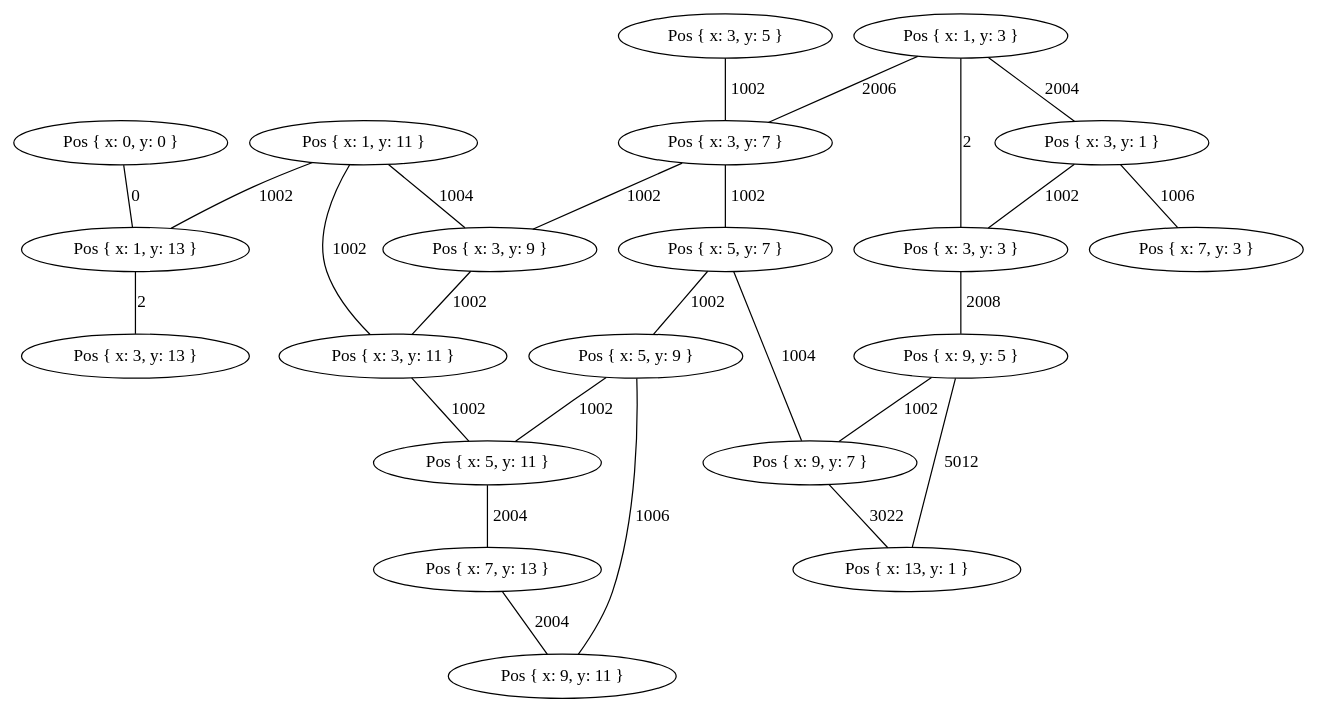
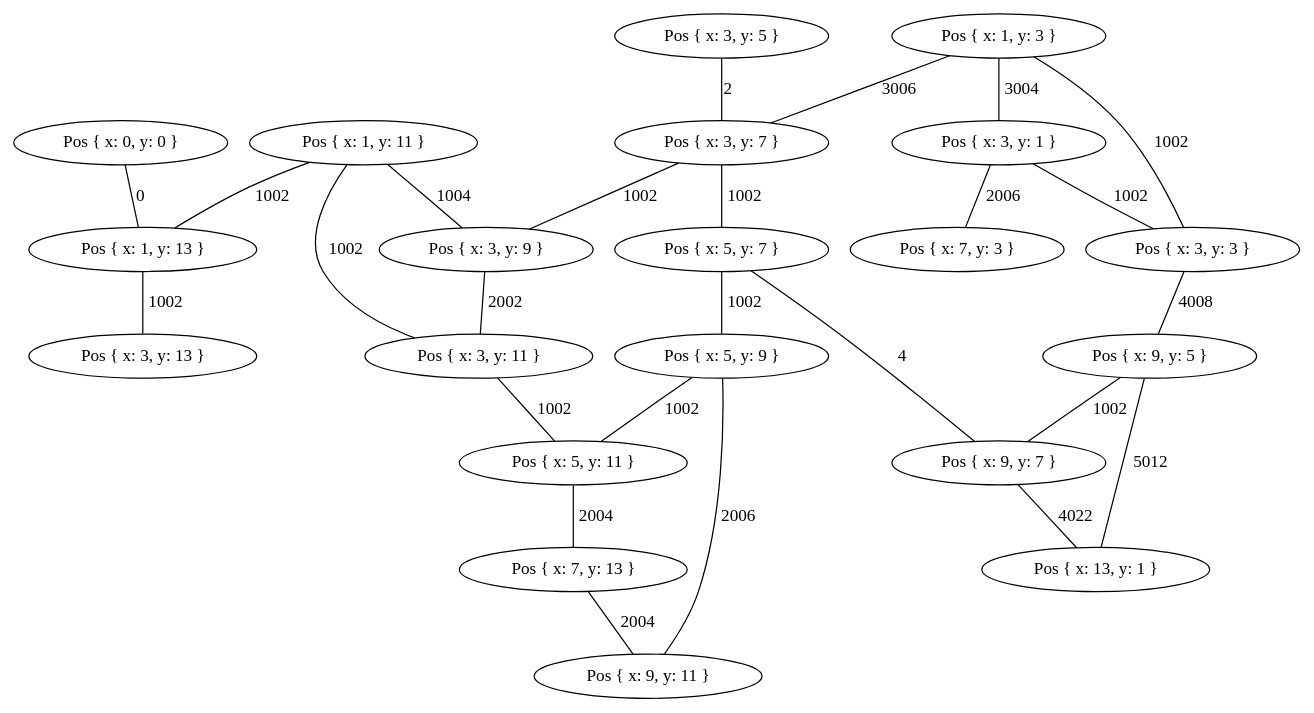
The diagram in Rust/day16/flight_network.dot (finlaysr/AoC2024), drawn with Graphviz before and after one commit. The commit also changed 1 other file, not shown here.

```diff
--- a/Rust/day16/flight_network.dot
+++ b/Rust/day16/flight_network.dot
@@ -1,47 +1,47 @@
 graph {
     0 [ label = "Pos { x: 0, y: 0 }" ]
     1 [ label = "Pos { x: 1, y: 13 }" ]
-    2 [ label = "Pos { x: 3, y: 13 }" ]
-    3 [ label = "Pos { x: 1, y: 11 }" ]
-    4 [ label = "Pos { x: 3, y: 9 }" ]
-    5 [ label = "Pos { x: 3, y: 11 }" ]
-    6 [ label = "Pos { x: 5, y: 11 }" ]
-    7 [ label = "Pos { x: 7, y: 13 }" ]
-    8 [ label = "Pos { x: 9, y: 11 }" ]
-    9 [ label = "Pos { x: 5, y: 9 }" ]
-    10 [ label = "Pos { x: 5, y: 7 }" ]
-    11 [ label = "Pos { x: 9, y: 7 }" ]
-    12 [ label = "Pos { x: 13, y: 1 }" ]
-    13 [ label = "Pos { x: 9, y: 5 }" ]
-    14 [ label = "Pos { x: 3, y: 3 }" ]
-    15 [ label = "Pos { x: 1, y: 3 }" ]
-    16 [ label = "Pos { x: 3, y: 1 }" ]
-    17 [ label = "Pos { x: 7, y: 3 }" ]
-    18 [ label = "Pos { x: 3, y: 7 }" ]
-    19 [ label = "Pos { x: 3, y: 5 }" ]
+    2 [ label = "Pos { x: 1, y: 11 }" ]
+    3 [ label = "Pos { x: 3, y: 9 }" ]
+    4 [ label = "Pos { x: 3, y: 7 }" ]
+    5 [ label = "Pos { x: 3, y: 5 }" ]
+    6 [ label = "Pos { x: 5, y: 7 }" ]
+    7 [ label = "Pos { x: 9, y: 7 }" ]
+    8 [ label = "Pos { x: 9, y: 5 }" ]
+    9 [ label = "Pos { x: 13, y: 1 }" ]
+    10 [ label = "Pos { x: 3, y: 3 }" ]
+    11 [ label = "Pos { x: 3, y: 1 }" ]
+    12 [ label = "Pos { x: 7, y: 3 }" ]
+    13 [ label = "Pos { x: 1, y: 3 }" ]
+    14 [ label = "Pos { x: 5, y: 9 }" ]
+    15 [ label = "Pos { x: 9, y: 11 }" ]
+    16 [ label = "Pos { x: 7, y: 13 }" ]
+    17 [ label = "Pos { x: 5, y: 11 }" ]
+    18 [ label = "Pos { x: 3, y: 11 }" ]
+    19 [ label = "Pos { x: 3, y: 13 }" ]
     0 -- 1 [ label = "0" ]
-    1 -- 2 [ label = "2" ]
-    3 -- 1 [ label = "1002" ]
-    3 -- 4 [ label = "1004" ]
-    4 -- 5 [ label = "1002" ]
-    3 -- 5 [ label = "1002" ]
-    5 -- 6 [ label = "1002" ]
-    6 -- 7 [ label = "2004" ]
-    7 -- 8 [ label = "2004" ]
-    9 -- 8 [ label = "1006" ]
-    10 -- 9 [ label = "1002" ]
-    10 -- 11 [ label = "1004" ]
-    11 -- 12 [ label = "3022" ]
-    13 -- 12 [ label = "5012" ]
-    14 -- 13 [ label = "2008" ]
-    15 -- 14 [ label = "2" ]
-    15 -- 16 [ label = "2004" ]
-    16 -- 17 [ label = "1006" ]
-    16 -- 14 [ label = "1002" ]
-    15 -- 18 [ label = "2006" ]
-    18 -- 10 [ label = "1002" ]
-    18 -- 4 [ label = "1002" ]
-    19 -- 18 [ label = "1002" ]
-    13 -- 11 [ label = "1002" ]
-    9 -- 6 [ label = "1002" ]
+    2 -- 1 [ label = "1002" ]
+    2 -- 3 [ label = "1004" ]
+    4 -- 3 [ label = "1002" ]
+    5 -- 4 [ label = "2" ]
+    4 -- 6 [ label = "1002" ]
+    6 -- 7 [ label = "4" ]
+    8 -- 7 [ label = "1002" ]
+    8 -- 9 [ label = "5012" ]
+    7 -- 9 [ label = "4022" ]
+    10 -- 8 [ label = "4008" ]
+    11 -- 10 [ label = "1002" ]
+    11 -- 12 [ label = "2006" ]
+    13 -- 11 [ label = "3004" ]
+    13 -- 10 [ label = "1002" ]
+    13 -- 4 [ label = "3006" ]
+    6 -- 14 [ label = "1002" ]
+    14 -- 15 [ label = "2006" ]
+    16 -- 15 [ label = "2004" ]
+    17 -- 16 [ label = "2004" ]
+    14 -- 17 [ label = "1002" ]
+    18 -- 17 [ label = "1002" ]
+    3 -- 18 [ label = "2002" ]
+    2 -- 18 [ label = "1002" ]
+    1 -- 19 [ label = "1002" ]
 }
```
